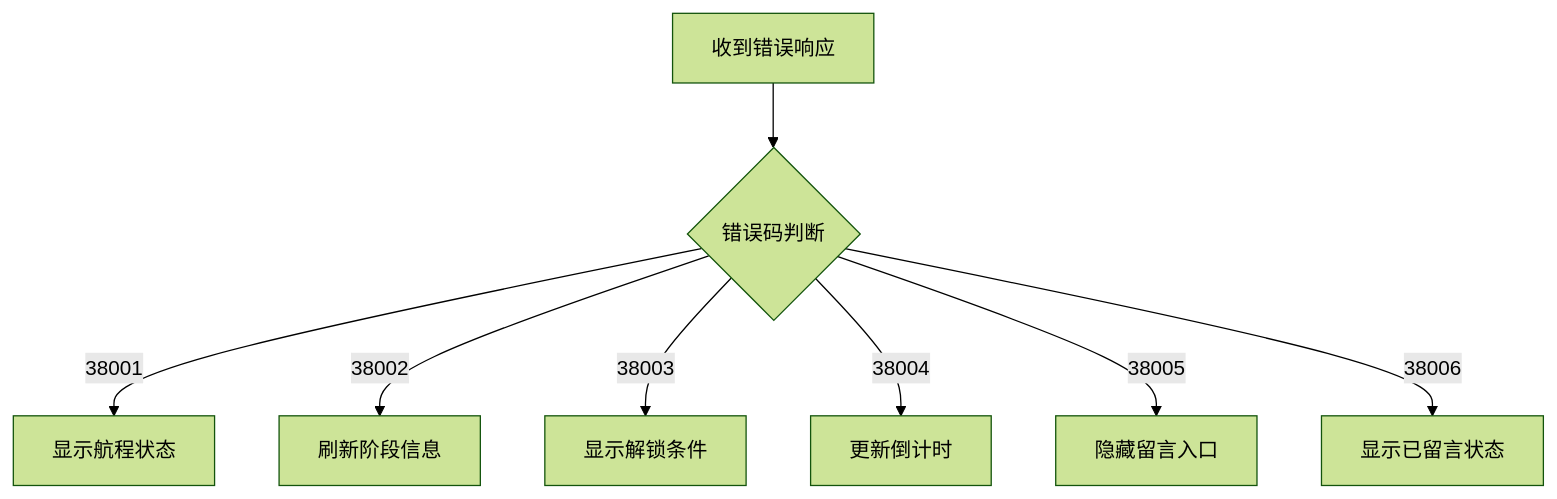
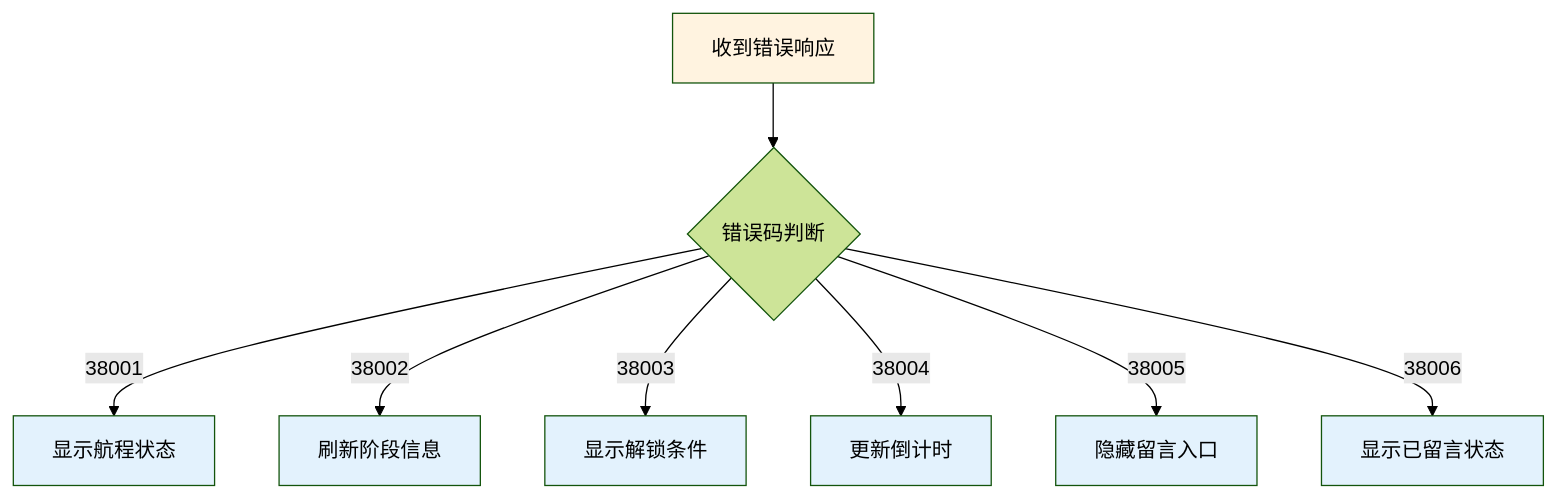
One commit to Alan-Ben/k2c_game_framework changed diagram 12 of 13 in docs/Module_Mars/02_协议文档.md. Above: the diagram before and after it, drawn with Mermaid (forest theme). The commit also changed other lines of this file and 1 other file, not shown here.

````diff
--- a/docs/Module_Mars/02_协议文档.md
+++ b/docs/Module_Mars/02_协议文档.md
@@ -1044,10 +1195,18 @@
 ```mermaid
 flowchart TD
     A[收到错误响应] --> B{错误码判断}
     B -->|38001| C[显示航程状态]
     B -->|38002| D[刷新阶段信息]
     B -->|38003| E[显示解锁条件]
     B -->|38004| F[更新倒计时]
     B -->|38005| G[隐藏留言入口]
     B -->|38006| H[显示已留言状态]
+
+    style A fill:#fff3e0
+    style C fill:#e3f2fd
+    style D fill:#e3f2fd
+    style E fill:#e3f2fd
+    style F fill:#e3f2fd
+    style G fill:#e3f2fd
+    style H fill:#e3f2fd
 ```
````
